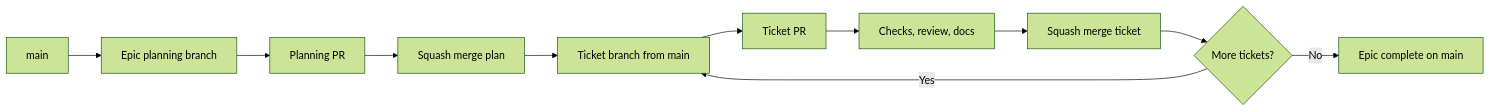
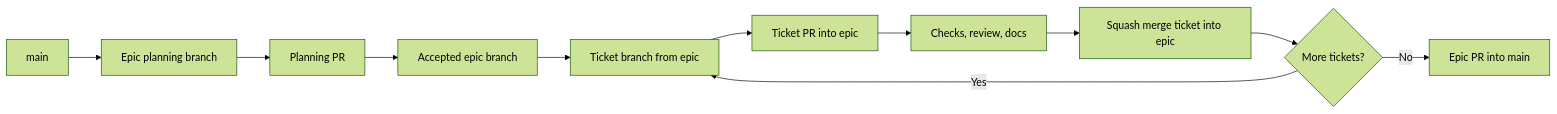
The fifth of 5 diagrams in ARCHITECTURE.md (Macavitymadcap/character-sheet), drawn with Mermaid (forest theme) before and after one commit. The commit also changed other lines of this file and 2 other files, not shown here.

Commit message:
docs(sheet): use epic integration branch flow

````diff
--- a/ARCHITECTURE.md
+++ b/ARCHITECTURE.md
@@ -323,13 +323,13 @@
 ```mermaid
 flowchart LR
     A["main"] --> B["Epic planning branch"]
     B --> C["Planning PR"]
-    C --> D["Squash merge plan"]
-    D --> E["Ticket branch from main"]
-    E --> F["Ticket PR"]
+    C --> D["Accepted epic branch"]
+    D --> E["Ticket branch from epic"]
+    E --> F["Ticket PR into epic"]
     F --> G["Checks, review, docs"]
-    G --> H["Squash merge ticket"]
+    G --> H["Squash merge ticket into epic"]
     H --> I{"More tickets?"}
     I -- "Yes" --> E
-    I -- "No" --> J["Epic complete on main"]
+    I -- "No" --> J["Epic PR into main"]
 ```
````
